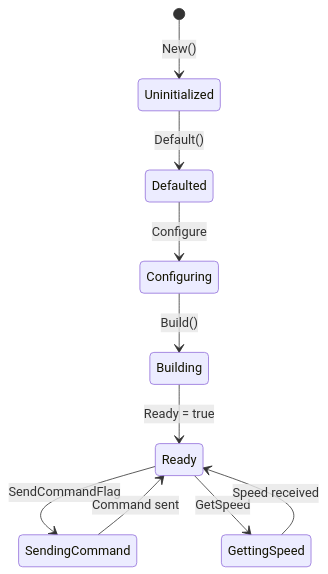
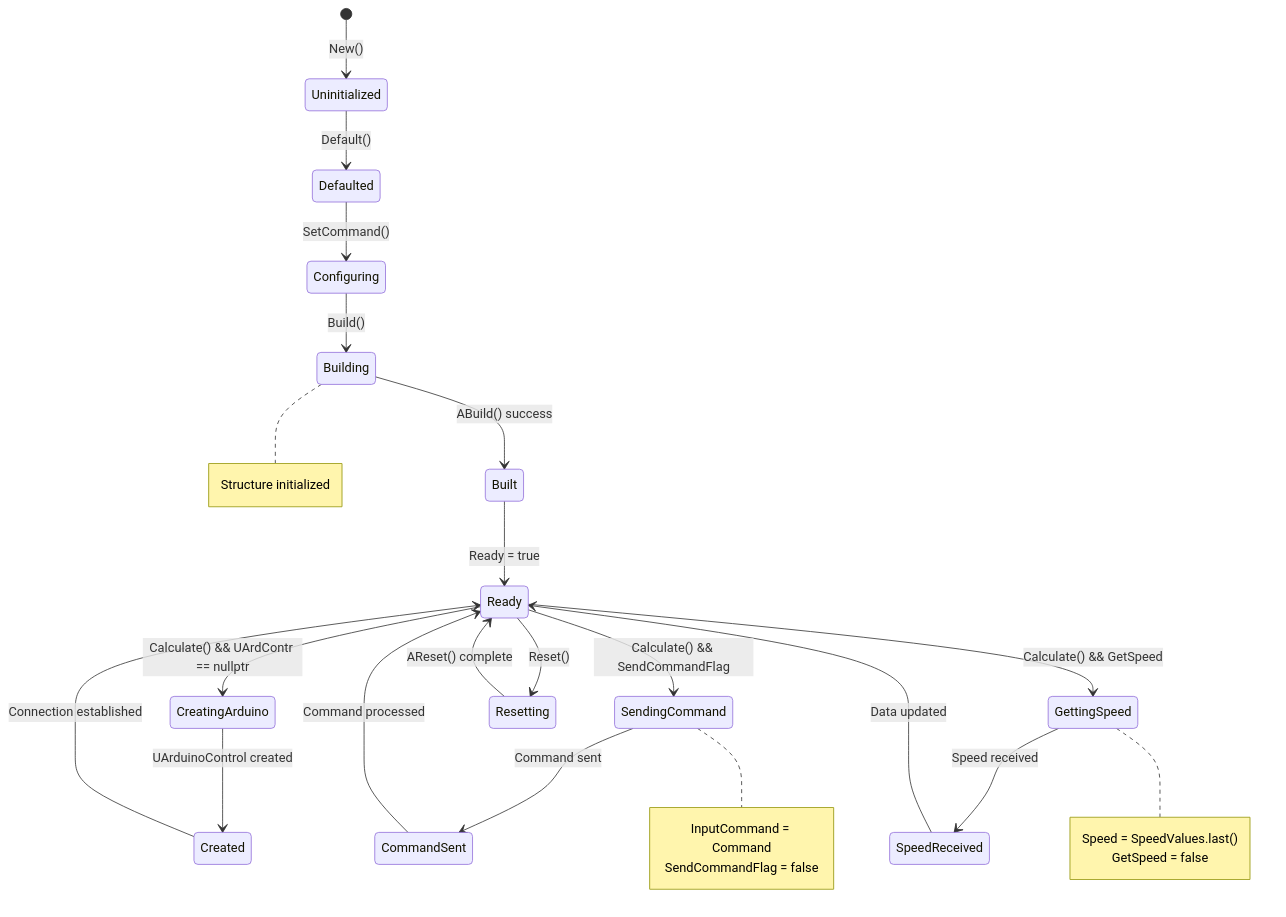
Before and after one commit to aicommunity/Rdk-HardwareLib: the eighth of 10 diagrams in Docs/Legacy/DC.md, drawn with Mermaid. The commit also changed other lines of this file and 4 other files, not shown here.

First line of the commit message:
docs(hardware): complete bilingual EN quality: mermaid sync, full translations, zero cyrillic in EN

````diff
--- a/Docs/Legacy/DC.md
+++ b/Docs/Legacy/DC.md
@@ -540,12 +596,23 @@
 ```mermaid
 stateDiagram-v2
     [*] --> Uninitialized: New()
     Uninitialized --> Defaulted: Default()
-    Defaulted --> Configuring: Configure
+    Defaulted --> Configuring: SetCommand()
     Configuring --> Building: Build()
-    Building --> Ready: Ready = true
-    Ready --> SendingCommand: SendCommandFlag
-    SendingCommand --> Ready: Command sent
-    Ready --> GettingSpeed: GetSpeed
-    GettingSpeed --> Ready: Speed received
+    Building --> Built: ABuild() success
+    Note right of Building: Structure initialized
+    Built --> Ready: Ready = true
+    Ready --> CreatingArduino: Calculate() && UArdContr == nullptr
+    CreatingArduino --> Created: UArduinoControl created
+    Created --> Ready: Connection established
+    Ready --> SendingCommand: Calculate() && SendCommandFlag
+    SendingCommand --> CommandSent: Command sent
+    Note right of SendingCommand: InputCommand = Command<br/>SendCommandFlag = false
+    CommandSent --> Ready: Command processed
+    Ready --> GettingSpeed: Calculate() && GetSpeed
+    GettingSpeed --> SpeedReceived: Speed received
+    Note right of GettingSpeed: Speed = SpeedValues.last()<br/>GetSpeed = false
+    SpeedReceived --> Ready: Data updated
+    Ready --> Resetting: Reset()
+    Resetting --> Ready: AReset() complete
 ```
````
